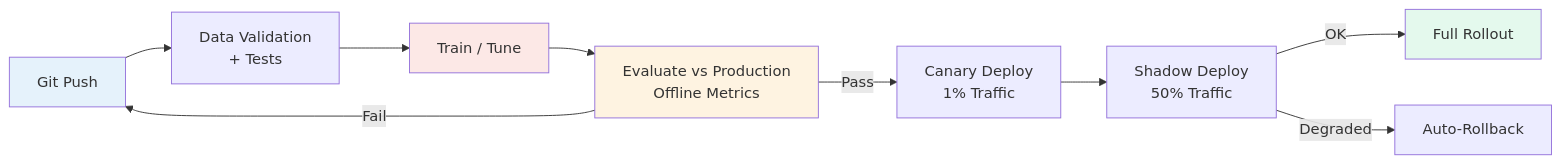
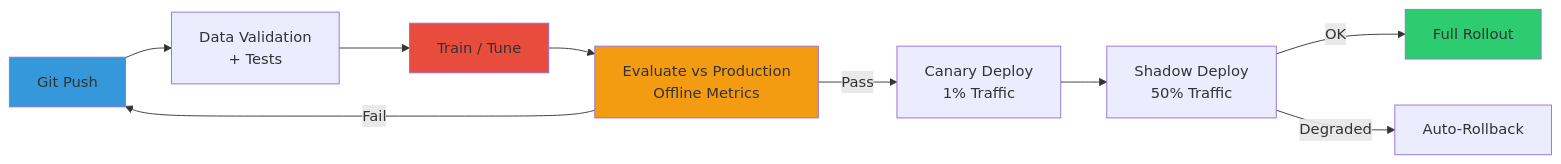
Before and after one commit to knekvasil/library: diagram 16 of 18 in ml/src/general-ml-review.md, drawn with Mermaid. The commit also changed other lines of this file, not shown here.

Commit message:
Fix mermaid syntax: remove curly braces/underscores in labels, simplify SVM/RNN diagrams, fix style colors

````diff
--- a/ml/src/general-ml-review.md
+++ b/ml/src/general-ml-review.md
@@ -954,15 +963,15 @@
 ```mermaid
 graph LR
     Git[Git Push] --> Test[Data Validation<br/>+ Tests]
     Test --> Train[Train / Tune]
     Train --> Eval[Evaluate vs Production<br/>Offline Metrics]
     Eval --> |Pass| Canary[Canary Deploy<br/>1% Traffic]
     Eval --> |Fail| Git
     Canary --> Shadow[Shadow Deploy<br/>50% Traffic]
     Shadow --> |OK| Prod[Full Rollout]
     Shadow --> |Degraded| Rollback[Auto-Rollback]
-    style Git fill:#3498db20
-    style Train fill:#e74c3c20
-    style Eval fill:#f39c1220
-    style Prod fill:#2ecc7120
+    style Git fill:#3498db
+    style Train fill:#e74c3c
+    style Eval fill:#f39c12
+    style Prod fill:#2ecc71
 ```
````
